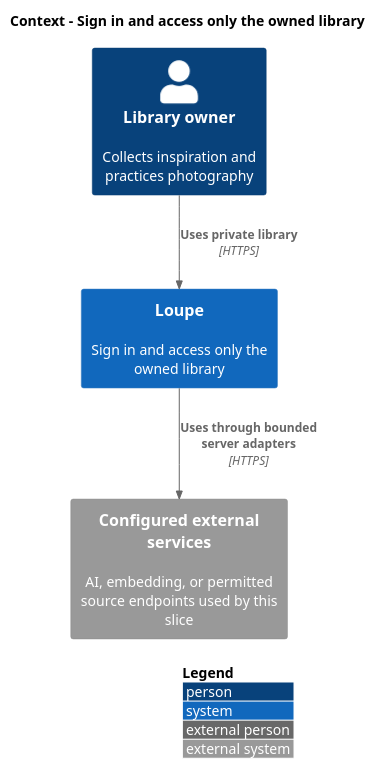
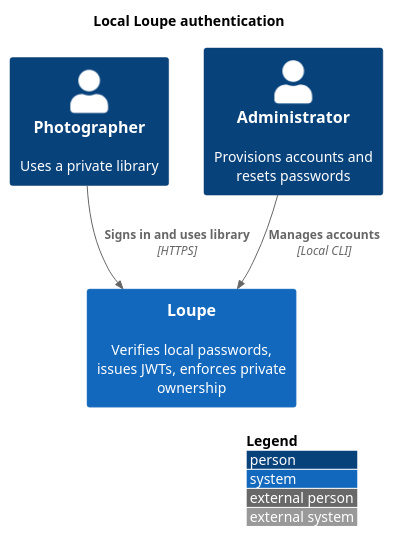
The diagram in docs/detailed-designs/security/access-private-library/diagrams/c4-context.puml (QuinntyneBrown/loupe), drawn with PlantUML before and after one commit. The commit also changed 122 other files, not shown here.

Commit message:
Replace external authentication with local accounts and JWT sessions

```diff
--- a/docs/detailed-designs/security/access-private-library/diagrams/c4-context.puml
+++ b/docs/detailed-designs/security/access-private-library/diagrams/c4-context.puml
@@ -1,10 +1,10 @@
 @startuml
 !include <C4/C4_Context>
 LAYOUT_WITH_LEGEND()
-title Context - Sign in and access only the owned library
-Person(owner, "Library owner", "Collects inspiration and practices photography")
-System(loupe, "Loupe", "Sign in and access only the owned library")
-Rel(owner, loupe, "Uses private library", "HTTPS")
-System_Ext(external, "Configured external services", "AI, embedding, or permitted source endpoints used by this slice")
-Rel(loupe, external, "Uses through bounded server adapters", "HTTPS")
+title Local Loupe authentication
+Person(owner, "Photographer", "Uses a private library")
+Person(admin, "Administrator", "Provisions accounts and resets passwords")
+System(loupe, "Loupe", "Verifies local passwords, issues JWTs, enforces private ownership")
+Rel(owner, loupe, "Signs in and uses library", "HTTPS")
+Rel(admin, loupe, "Manages accounts", "Local CLI")
 @enduml
```
